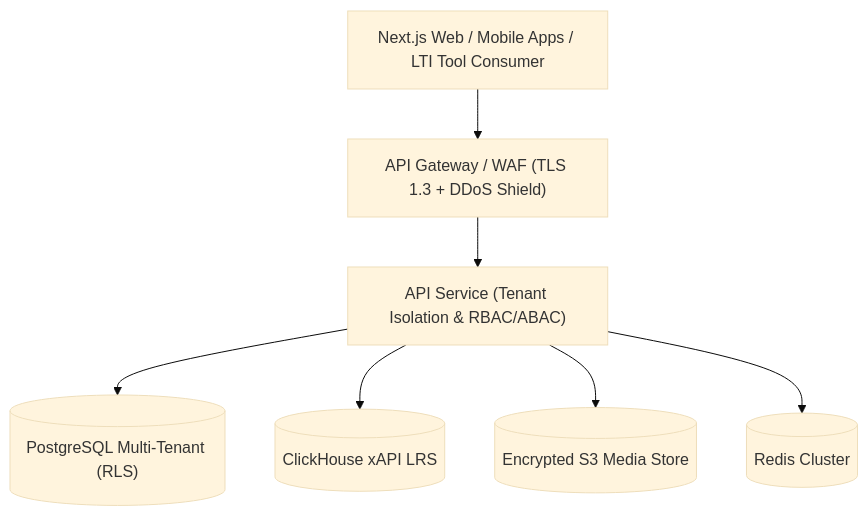
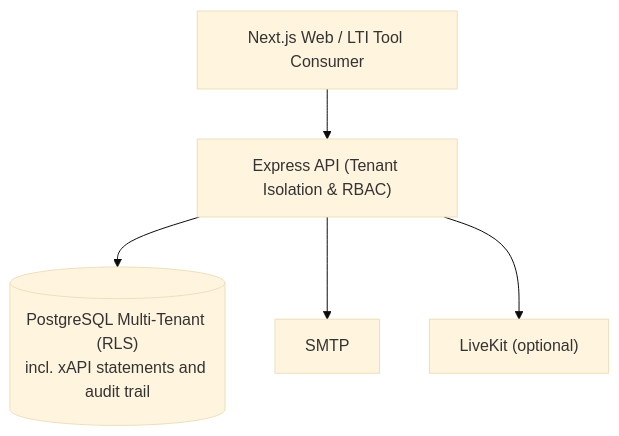
Before and after one commit to Shubham81155/lms: the diagram in README.md, drawn with Mermaid (base theme). The commit also changed other lines of this file and 126 other files, not shown here.

````diff
--- a/README.md
+++ b/README.md
@@ -9,10 +9,7 @@
 ```mermaid
 flowchart TD
-    Client["Next.js Web / Mobile Apps / LTI Tool Consumer"] --> Gateway["API Gateway / WAF (TLS 1.3 + DDoS Shield)"]
-    Gateway --> CoreAPI["API Service (Tenant Isolation & RBAC/ABAC)"]
-    
-    CoreAPI --> DB[("PostgreSQL Multi-Tenant (RLS)")]
-    CoreAPI --> LRS[("ClickHouse xAPI LRS")]
-    CoreAPI --> Media[("Encrypted S3 Media Store")]
-    CoreAPI --> Cache[("Redis Cluster")]
+    Client["Next.js Web / LTI Tool Consumer"] --> CoreAPI["Express API (Tenant Isolation & RBAC)"]
+    CoreAPI --> DB[("PostgreSQL Multi-Tenant (RLS)<br/>incl. xAPI statements and audit trail")]
+    CoreAPI --> SMTP["SMTP"]
+    CoreAPI --> Live["LiveKit (optional)"]
 ```
````
